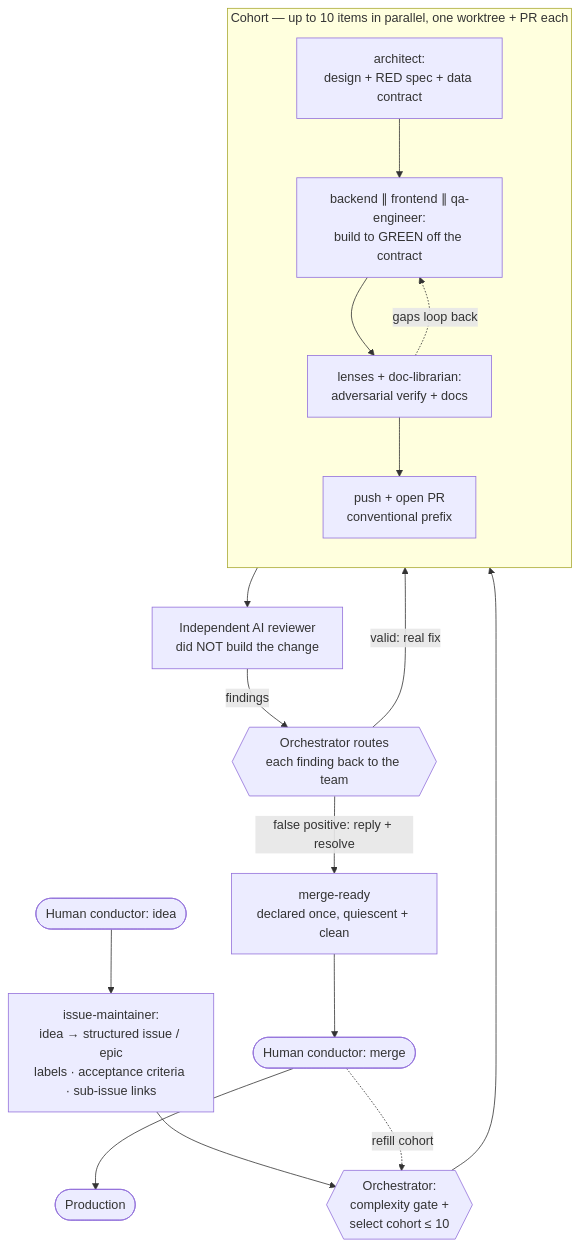
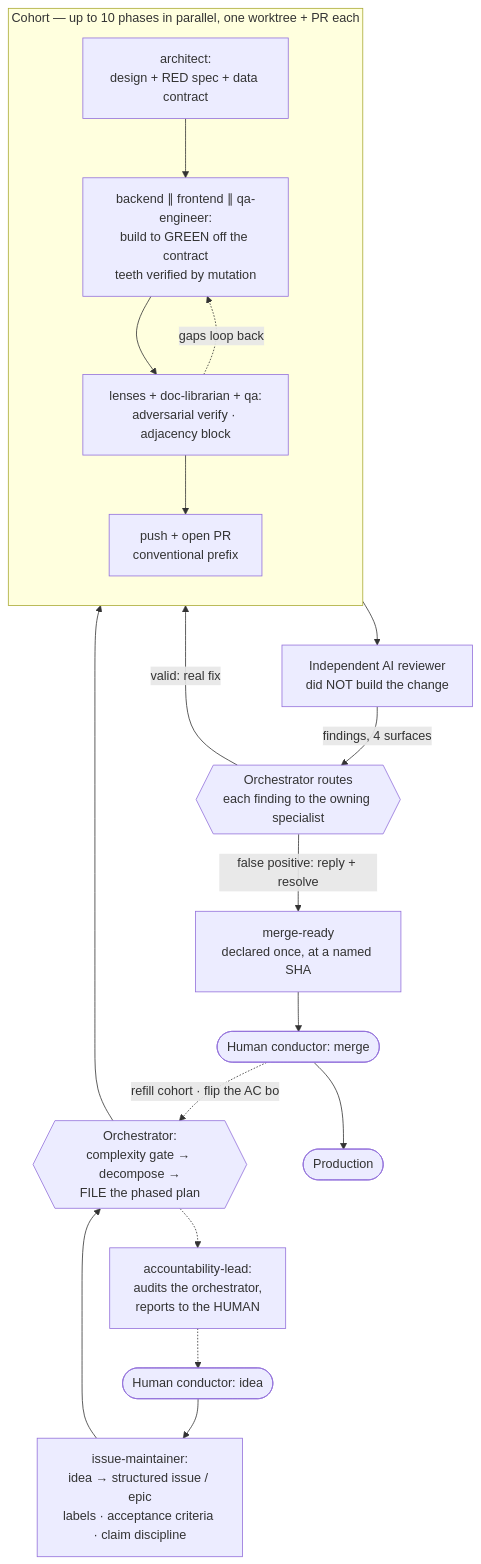
The first of 5 diagrams in ARCHITECTURE.md (vlad-ko/claude-wizard), drawn with Mermaid before and after one commit. The commit also changed other lines of this file and 31 other files, not shown here.

First line of the commit message:
feat: Wizard v3 — discipline with teeth

````diff
--- a/ARCHITECTURE.md
+++ b/ARCHITECTURE.md
@@ -33,31 +39,35 @@
 ```mermaid
 flowchart TB
     Human([Human conductor: idea])
-    Maintainer[issue-maintainer:<br/>idea → structured issue / epic<br/>labels · acceptance criteria · sub-issue links]
-    Orch{{Orchestrator:<br/>complexity gate +<br/>select cohort ≤ 10}}
+    Maintainer[issue-maintainer:<br/>idea → structured issue / epic<br/>labels · acceptance criteria · claim discipline]
+    Orch{{Orchestrator:<br/>complexity gate → decompose →<br/>FILE the phased plan}}
 
     Human --> Maintainer --> Orch
 
-    subgraph Cohort["Cohort — up to 10 items in parallel, one worktree + PR each"]
+    subgraph Cohort["Cohort — up to 10 phases in parallel, one worktree + PR each"]
         direction TB
         Arch[architect:<br/>design + RED spec + data contract]
-        Build[backend ∥ frontend ∥ qa-engineer:<br/>build to GREEN off the contract]
-        Verify[lenses + doc-librarian:<br/>adversarial verify + docs]
+        Build[backend ∥ frontend ∥ qa-engineer:<br/>build to GREEN off the contract<br/>teeth verified by mutation]
+        Verify[lenses + doc-librarian + qa:<br/>adversarial verify · adjacency block]
         PR[push + open PR<br/>conventional prefix]
         Arch --> Build --> Verify --> PR
     end
 
     Orch --> Cohort
 
     Review[Independent AI reviewer<br/>did NOT build the change]
     PR --> Review
-    Review -->|findings| Route{{Orchestrator routes<br/>each finding back to the team}}
+    Review -->|findings, 4 surfaces| Route{{Orchestrator routes<br/>each finding to the owning specialist}}
     Route -->|valid: real fix| Build
     Route -->|false positive: reply + resolve| Ready
-    Ready[merge-ready<br/>declared once, quiescent + clean]
+    Ready[merge-ready<br/>declared once, at a named SHA]
     Verify -.gaps loop back.-> Build
+
+    Audit[accountability-lead:<br/>audits the orchestrator,<br/>reports to the HUMAN]
+    Audit -.-> Human
+    Orch -.-> Audit
 
     Ready --> Merge([Human conductor: merge])
     Merge --> Prod([Production])
-    Merge -.refill cohort.-> Orch
+    Merge -.refill cohort · flip the AC box.-> Orch
 ```
````
